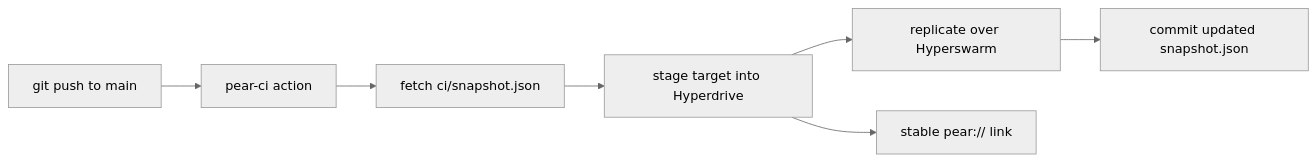
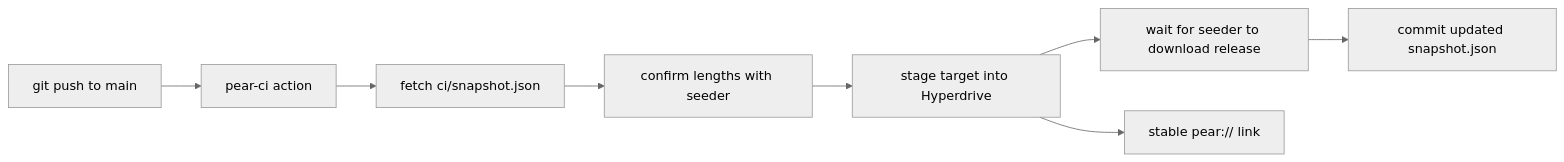
Before and after one commit to holepunchto/pear-docs: the diagram in content/pear/how-to/operate-an-app/github-actions/publish-with-github-actions.mdx, drawn with Mermaid (neutral theme). The commit also changed other lines of this file and 4 other files, not shown here.

````diff
--- a/content/pear/how-to/operate-an-app/github-actions/publish-with-github-actions.mdx
+++ b/content/pear/how-to/operate-an-app/github-actions/publish-with-github-actions.mdx
@@ -30,9 +32,10 @@
 ```mermaid skip="diagram"
 flowchart LR
   push["git push to main"] --> action["pear-ci action"]
   action --> snap["fetch ci/snapshot.json"]
-  snap --> stage["stage target into Hyperdrive"]
-  stage --> sync["replicate over Hyperswarm"]
+  snap --> pull["confirm lengths with seeder"]
+  pull --> stage["stage target into Hyperdrive"]
+  stage --> sync["wait for seeder to download release"]
   sync --> commit["commit updated snapshot.json"]
   stage --> link["stable pear:// link"]
 ```
````
